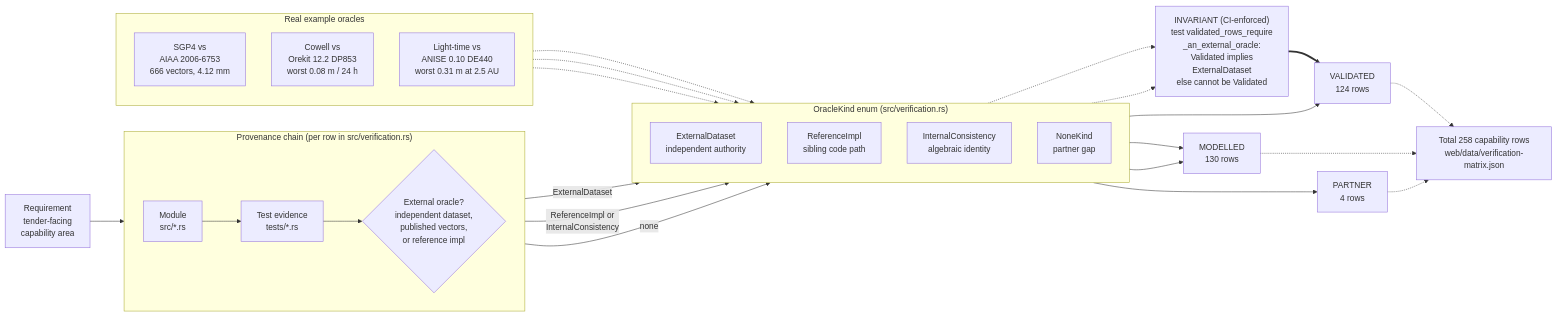
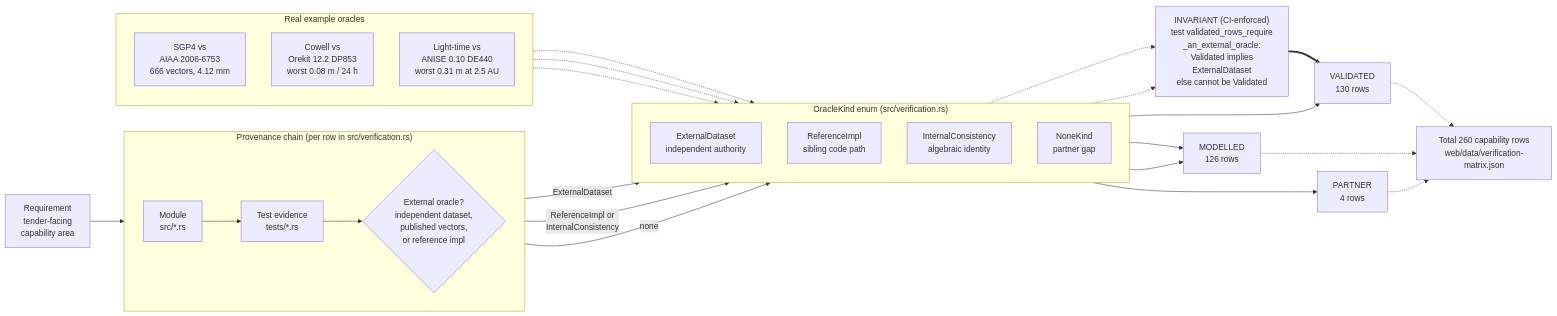
Before and after one commit to ashfordeOU/kshana: the diagram in docs/diagrams/validation-provenance.mmd, drawn with Mermaid. The commit also changed 22 other files, not shown here.

Commit message:
Regenerate the ledger artifacts, figures, README counts and provenance diagram for 260 rows (130 Validated, 126 Modelled, 4 Partner); CHANGELOG evidence-class intro

```diff
--- a/docs/diagrams/validation-provenance.mmd
+++ b/docs/diagrams/validation-provenance.mmd
@@ -1,49 +1,49 @@
 flowchart LR
     REQ["Requirement<br/>tender-facing<br/>capability area"]
 
     subgraph CHAIN["Provenance chain (per row in src/verification.rs)"]
         direction LR
         MOD["Module<br/>src/*.rs"]
         TST["Test evidence<br/>tests/*.rs"]
         ORA{"External oracle?<br/>independent dataset,<br/>published vectors,<br/>or reference impl"}
     end
 
     REQ --> MOD --> TST --> ORA
 
     subgraph KINDS["OracleKind enum (src/verification.rs)"]
         direction TD
         EXT["ExternalDataset<br/>independent authority"]
         REF["ReferenceImpl<br/>sibling code path"]
         INT["InternalConsistency<br/>algebraic identity"]
         NON["NoneKind<br/>partner gap"]
     end
 
     ORA -->|ExternalDataset| EXT
     ORA -->|"ReferenceImpl or<br/>InternalConsistency"| INT
     ORA -->|none| NON
 
     GUARD["INVARIANT (CI-enforced)<br/>test validated_rows_require<br/>_an_external_oracle:<br/>Validated implies<br/>ExternalDataset<br/>else cannot be Validated"]
     EXT -.-> GUARD
     INT -.-> GUARD
 
-    EXT --> VAL["VALIDATED<br/>124 rows"]
-    REF --> MDL["MODELLED<br/>130 rows"]
+    EXT --> VAL["VALIDATED<br/>130 rows"]
+    REF --> MDL["MODELLED<br/>126 rows"]
     INT --> MDL
     NON --> PRT["PARTNER<br/>4 rows"]
     GUARD ==> VAL
 
     subgraph EX["Real example oracles"]
         direction TD
         E1["SGP4 vs<br/>AIAA 2006-6753<br/>666 vectors, 4.12 mm"]
         E2["Cowell vs<br/>Orekit 12.2 DP853<br/>worst 0.08 m / 24 h"]
         E3["Light-time vs<br/>ANISE 0.10 DE440<br/>worst 0.31 m at 2.5 AU"]
     end
 
     E1 -.-> EXT
     E2 -.-> EXT
     E3 -.-> EXT
 
-    TOTAL["Total 258 capability rows<br/>web/data/verification-matrix.json"]
+    TOTAL["Total 260 capability rows<br/>web/data/verification-matrix.json"]
     VAL -.-> TOTAL
     MDL -.-> TOTAL
     PRT -.-> TOTAL
```
